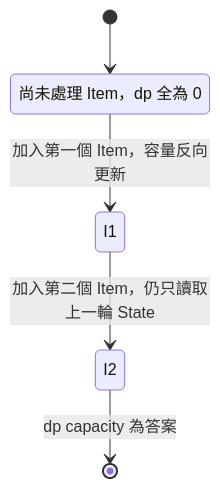
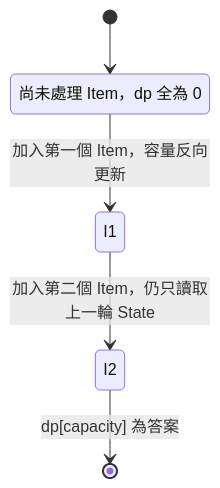
Before and after one commit to davidchen0970/algorithm_note: the fifth of 11 diagrams in 09_dynamic_programming/40_knapsack.md, drawn with Mermaid. The commit also changed other lines of this file and 4 other files, not shown here.

````diff
--- a/09_dynamic_programming/40_knapsack.md
+++ b/09_dynamic_programming/40_knapsack.md
@@ -156,8 +266,8 @@
 ```mermaid
 stateDiagram-v2
     [*] --> I0
     I0: 尚未處理 Item，dp 全為 0
     I0 --> I1: 加入第一個 Item，容量反向更新
     I1 --> I2: 加入第二個 Item，仍只讀取上一輪 State
-    I2 --> [*]: dp capacity 為答案
+    I2 --> [*]: dp[capacity] 為答案
 ```
````
